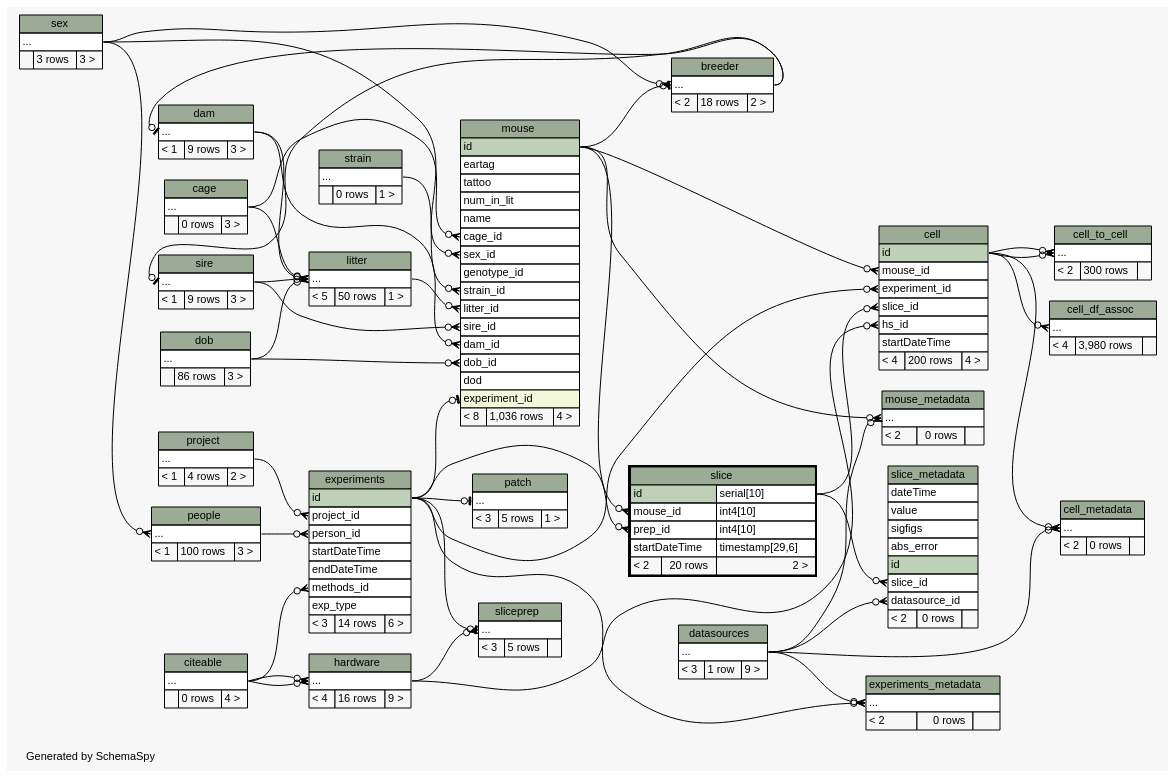
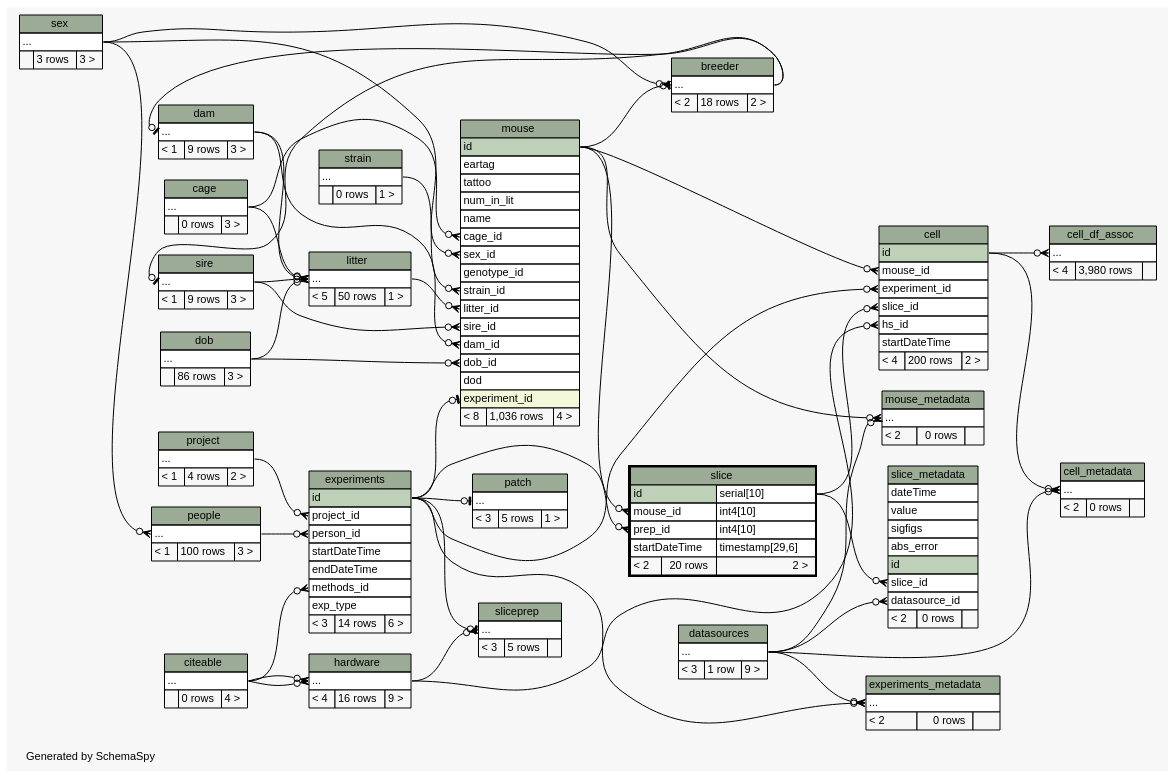
One commit to tgbugs/mlab changed the diagram in database/ss/diagrams/slice.2degrees.dot. Above: the diagram before and after it, drawn with Graphviz. The commit also changed 161 other files, not shown here.

```diff
--- a/database/ss/diagrams/slice.2degrees.dot
+++ b/database/ss/diagrams/slice.2degrees.dot
@@ -28,8 +28,6 @@
   "cell_df_assoc":"elipses":w -> "cell":"id":e [arrowhead=none dir=back arrowtail=crowodot];
   "cell_metadata":"elipses":w -> "cell":"id":e [arrowhead=none dir=back arrowtail=crowodot];
   "cell_metadata":"elipses":w -> "datasources":"elipses":e [arrowhead=none dir=back arrowtail=crowodot];
-  "cell_to_cell":"elipses":w -> "cell":"id":e [arrowhead=none dir=back arrowtail=crowodot];
-  "cell_to_cell":"elipses":w -> "cell":"id":e [arrowhead=none dir=back arrowtail=crowodot];
   "dam":"elipses":w -> "breeder":"elipses":e [arrowhead=none dir=back arrowtail=teeodot];
   "experiments":"methods_id":w -> "citeable":"elipses":e [arrowhead=none dir=back arrowtail=crowodot];
   "experiments":"person_id":w -> "people":"elipses":e [arrowhead=none dir=back arrowtail=crowodot];
@@ -91,7 +89,7 @@
       <TR><TD PORT="slice_id" COLSPAN="3" ALIGN="LEFT">slice_id</TD></TR>
       <TR><TD PORT="hs_id" COLSPAN="3" ALIGN="LEFT">hs_id</TD></TR>
       <TR><TD PORT="startDateTime" COLSPAN="3" ALIGN="LEFT">startDateTime</TD></TR>
-      <TR><TD ALIGN="LEFT" BGCOLOR="#f7f7f7">&lt; 4</TD><TD ALIGN="RIGHT" BGCOLOR="#f7f7f7">200 rows</TD><TD ALIGN="RIGHT" BGCOLOR="#f7f7f7">4 &gt;</TD></TR>
+      <TR><TD ALIGN="LEFT" BGCOLOR="#f7f7f7">&lt; 4</TD><TD ALIGN="RIGHT" BGCOLOR="#f7f7f7">200 rows</TD><TD ALIGN="RIGHT" BGCOLOR="#f7f7f7">2 &gt;</TD></TR>
     </TABLE>>
     URL="cell.html"
     tooltip="cell"
@@ -115,16 +113,6 @@
     </TABLE>>
     URL="cell_metadata.html"
     tooltip="cell_metadata"
-  ];
-  "cell_to_cell" [
-    label=<
-    <TABLE BORDER="0" CELLBORDER="1" CELLSPACING="0" BGCOLOR="#ffffff">
-      <TR><TD COLSPAN="3" BGCOLOR="#9bab96" ALIGN="CENTER">cell_to_cell</TD></TR>
-      <TR><TD PORT="elipses" COLSPAN="3" ALIGN="LEFT">...</TD></TR>
-      <TR><TD ALIGN="LEFT" BGCOLOR="#f7f7f7">&lt; 2</TD><TD ALIGN="RIGHT" BGCOLOR="#f7f7f7">300 rows</TD><TD ALIGN="RIGHT" BGCOLOR="#f7f7f7">  </TD></TR>
-    </TABLE>>
-    URL="cell_to_cell.html"
-    tooltip="cell_to_cell"
   ];
   "citeable" [
     label=<
```
